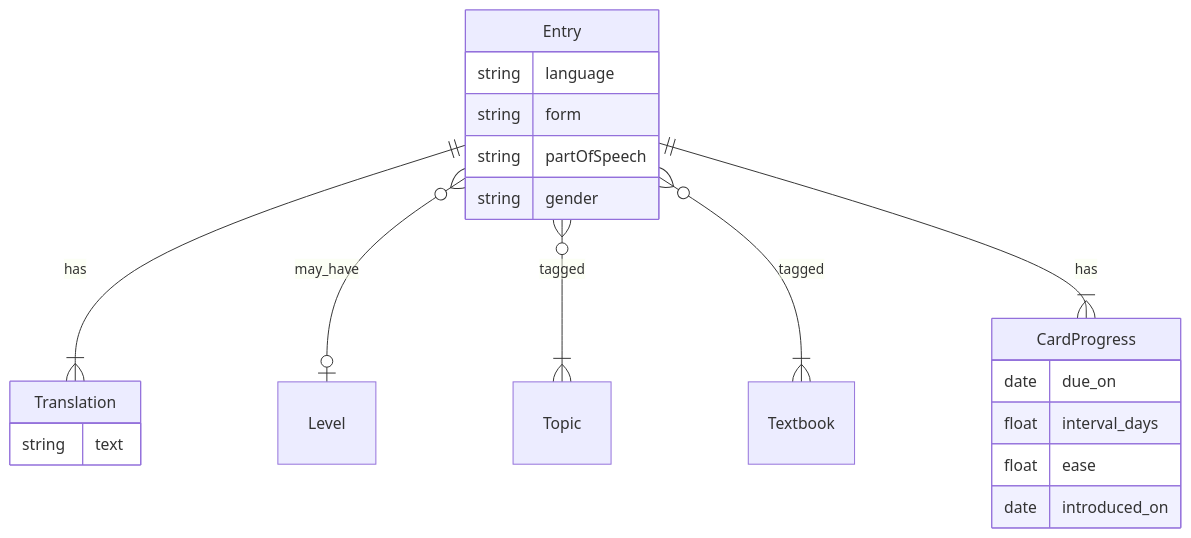
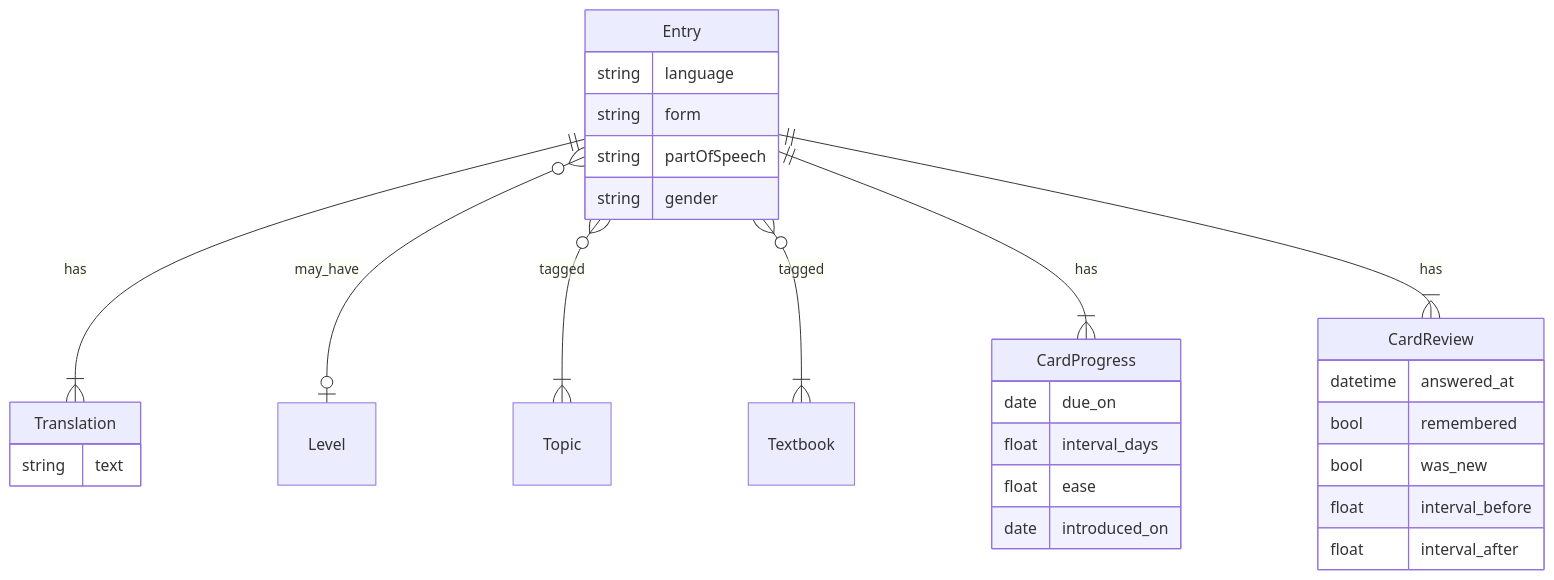
One commit to WildRanger3306/lang-trainer changed the diagram in docs/5-data-model.md. Above: the diagram before and after it, drawn with Mermaid. The commit also changed other lines of this file and 17 other files, not shown here.

Commit message:
Add stats page for language summary and card review logging; update database schema and styles. Enhance filter page with navigation to stats.

````diff
--- a/docs/5-data-model.md
+++ b/docs/5-data-model.md
@@ -67,26 +84,35 @@
 ```mermaid
 erDiagram
   Entry ||--|{ Translation : has
   Entry }o--o| Level : may_have
   Entry }o--|{ Topic : tagged
   Entry }o--|{ Textbook : tagged
 
   Entry {
     string language
     string form
     string partOfSpeech
     string gender
   }
   Entry ||--|{ CardProgress : has
+  Entry ||--|{ CardReview : has
 
   CardProgress {
     date due_on
     float interval_days
     float ease
     date introduced_on
   }
 
+  CardReview {
+    datetime answered_at
+    bool remembered
+    bool was_new
+    float interval_before
+    float interval_after
+  }
+
   Translation {
     string text
   }
 ```
````
